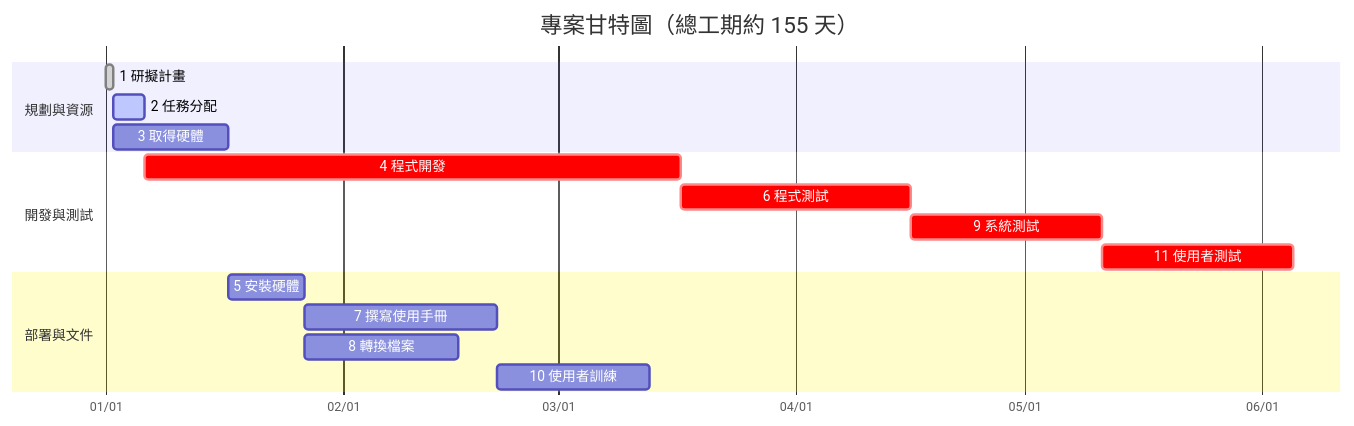
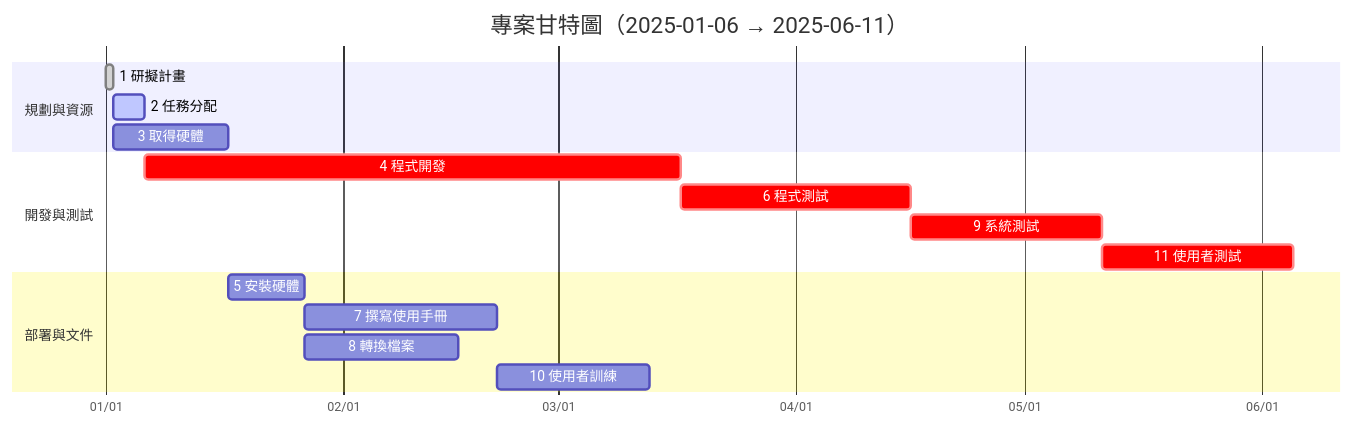
The second of 2 diagrams in hw2.md (yenzhen916/114-1a), drawn with Mermaid before and after one commit.

````diff
--- a/hw2.md
+++ b/hw2.md
@@ -66,27 +66,27 @@
 ```mermaid
 gantt
-  title 專案甘特圖（總工期約 155 天）
+  title 專案甘特圖（2025-01-06 → 2025-06-11）
   dateFormat  YYYY-MM-DD
   axisFormat  %m/%d
 
   %% 以 2025-01-01 作為第 0 天
   %% 近似規則：te 四捨五入，小數 ES 亦四捨五入
   %% te 近似：1,4,15,70,10,30,25,20,25,20,25
 
   section 規劃與資源
   1 研擬計畫         :done,    t1, 2025-01-01, 1d
   2 任務分配         :active,  t2, 2025-01-02, 4d
   3 取得硬體         :         t3, 2025-01-02, 15d
 
   section 開發與測試
   4 程式開發         :crit,    t4, 2025-01-06, 70d
   6 程式測試         :crit,    t6, 2025-03-17, 30d
   9 系統測試         :crit,    t9, 2025-04-16, 25d
   11 使用者測試      :crit,    t11,2025-05-11, 25d
 
   section 部署與文件
   5 安裝硬體         :         t5, 2025-01-17, 10d
   7 撰寫使用手冊     :         t7, 2025-01-27, 25d
   8 轉換檔案         :         t8, 2025-01-27, 20d
   10 使用者訓練      :         t10,2025-02-21, 20d
 ```
````
